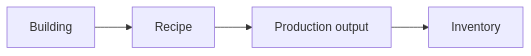
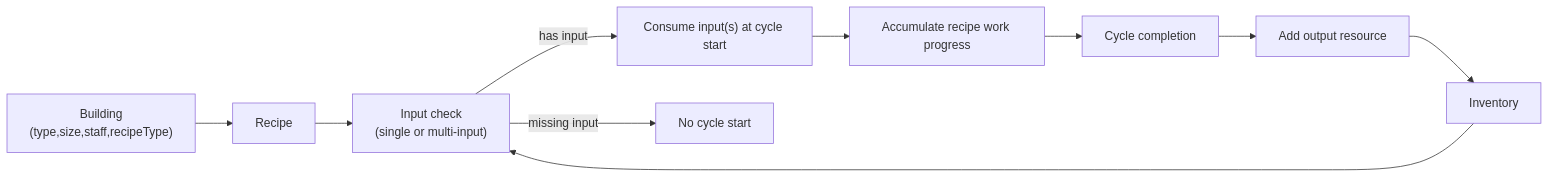
The first of 13 diagrams in docs/VariableRelationshipMap.md (gram12321/protoproduction), drawn with Mermaid before and after one commit. The commit also changed other lines of this file and 13 other files, not shown here.

````diff
--- a/docs/VariableRelationshipMap.md
+++ b/docs/VariableRelationshipMap.md
@@ -49,6 +53,12 @@
 ```mermaid
 flowchart LR
-  BLD["Building"] --> RCP["Recipe"]
-  RCP --> PROD["Production output"]
-  PROD --> INV["Inventory"]
+  BLD["Building\n(type,size,staff,recipeType)"] --> RCP["Recipe"]
+  INV["Inventory"] --> INCHK["Input check\n(single or multi-input)"]
+  RCP --> INCHK
+  INCHK -->|has input| START["Consume input(s) at cycle start"]
+  INCHK -->|missing input| BLOCK["No cycle start"]
+  START --> WORK["Accumulate recipe work progress"]
+  WORK --> DONE["Cycle completion"]
+  DONE --> OUT["Add output resource"]
+  OUT --> INV
 ```
````
